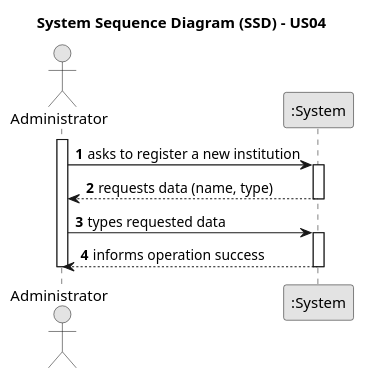
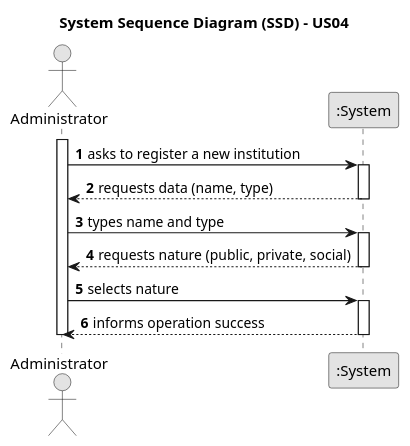
One commit to brunodspinto/crystal-clear-platform changed the diagram in docs/system-documentation/US04/01.requirements-engineering/puml/US04-SSD.puml. Above: the diagram before and after it, drawn with PlantUML. The commit also changed 5 other files, not shown here.

```diff
--- a/docs/system-documentation/US04/01.requirements-engineering/puml/US04-SSD.puml
+++ b/docs/system-documentation/US04/01.requirements-engineering/puml/US04-SSD.puml
@@ -1,27 +1,32 @@
 @startuml
 skinparam monochrome true
 skinparam packageStyle rectangle
 skinparam shadowing false
 
 title System Sequence Diagram (SSD) - US04
 
 autonumber
 
 actor "Administrator" as Admin
 participant ":System" as System
 
 activate Admin
 
 Admin -> System : asks to register a new institution
 activate System
 System --> Admin : requests data (name, type)
 deactivate System
 
-Admin -> System : types requested data
+Admin -> System : types name and type
+activate System
+System --> Admin : requests nature (public, private, social)
+deactivate System
+
+Admin -> System : selects nature
 activate System
 System --> Admin : informs operation success
 deactivate System
 
 deactivate Admin
 
 @enduml
```
